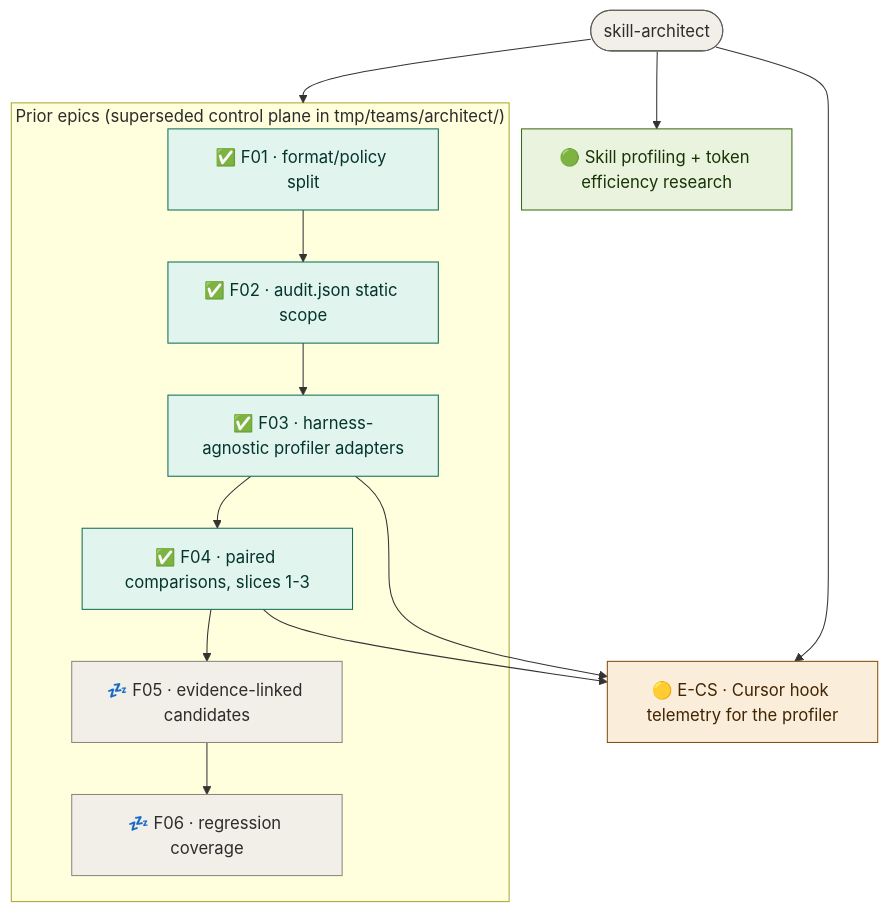
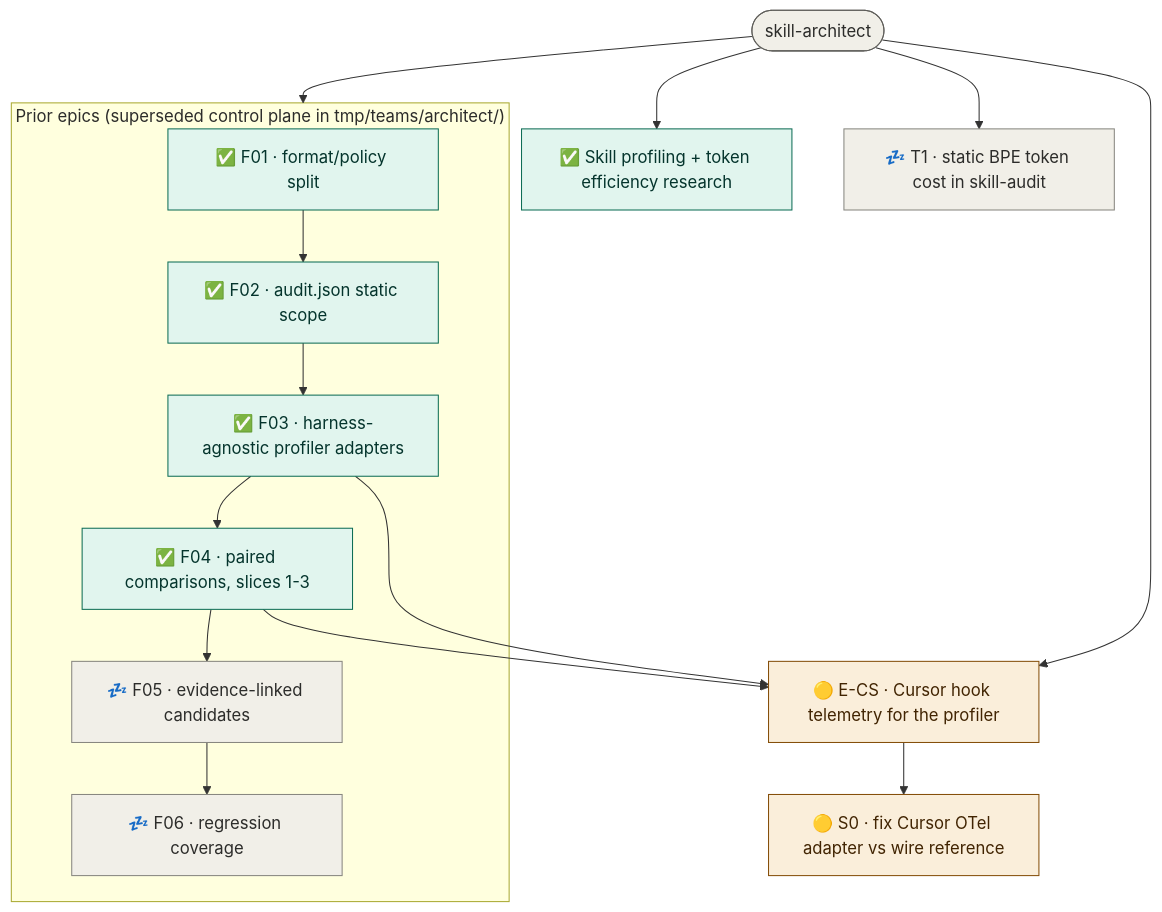
The diagram in .scuba/roadmap.md (Okja-Engineering/skill-architect), drawn with Mermaid before and after one commit. The commit also changed other lines of this file and 17 other files, not shown here.

Commit message:
scuba state mirror: research-profiling done, E-CS groomed S0-S11, T1 thread

````diff
--- a/.scuba/roadmap.md
+++ b/.scuba/roadmap.md
@@ -16,43 +18,48 @@
 ```mermaid
 flowchart TD
   L([skill-architect]):::root
 
   L --> CS[🟡 E-CS · Cursor hook telemetry for the profiler]:::spec
-  L --> RP[🟢 Skill profiling + token efficiency research]:::exec
+  L --> RP[✅ Skill profiling + token efficiency research]:::done
+  L --> T1[💤 T1 · static BPE token cost in skill-audit]:::parked
+
+  CS --> S0[🟡 S0 · fix Cursor OTel adapter vs wire reference]:::spec
 
   subgraph PRIOR["Prior epics (superseded control plane in tmp/teams/architect/)"]
     F01[✅ F01 · format/policy split]:::done
     F02[✅ F02 · audit.json static scope]:::done
     F03[✅ F03 · harness-agnostic profiler adapters]:::done
     F04[✅ F04 · paired comparisons, slices 1-3]:::done
     F05[💤 F05 · evidence-linked candidates]:::parked
     F06[💤 F06 · regression coverage]:::parked
   end
 
   L --> PRIOR
   F01 --> F02
   F02 --> F03
   F03 --> F04
   F04 --> F05
   F05 --> F06
   F03 --> CS
   F04 --> CS
 
-  click CS "teams/cursorscope-go/mandate-draft.md" "Mandate draft — spec → plan → brief"
+  click CS "teams/cursorscope-go/roadmap.md" "Groomed roadmap — 12 slices S0-S11"
   click RP "teams/research-profiling/ledger.md" "Research ledger"
+  click T1 "teams/cursorscope-go/slices/T1.status.md" "Parked — separate parallel thread"
+  click S0 "teams/cursorscope-go/slices/S0.status.md" "Slice status — dispatchable independently"
   click F01 "../tmp/teams/architect/F01.status.md" "Done — status"
   click F02 "../tmp/teams/architect/F02.status.md" "Done — status"
   click F03 "../tmp/teams/architect/profiler-design-space.md" "Done — design space (no status file)"
   click F04 "../tmp/teams/architect/F04.status.md" "Done for slices 1-3 — status file stale"
   click F05 "../tmp/teams/architect/F05.status.md" "Parked — status"
   click F06 "../tmp/teams/architect/F06.status.md" "Parked — status"
 
   classDef root fill:#F1EFE8,stroke:#5F5E5A,color:#2C2C2A
   classDef spec fill:#FAEEDA,stroke:#854F0B,color:#412402
   classDef plan fill:#E6F1FB,stroke:#185FA5,color:#042C53
   classDef exec fill:#EAF3DE,stroke:#3B6D11,color:#173404
   classDef review fill:#EEEDFE,stroke:#534AB7,color:#26215C
   classDef blocked fill:#FCEBEB,stroke:#A32D2D,color:#501313
   classDef done fill:#E1F5EE,stroke:#0F6E56,color:#04342C
   classDef parked fill:#F1EFE8,stroke:#888780,color:#2C2C2A
 ```
````
